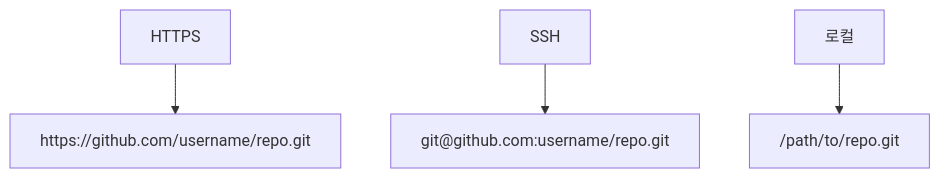
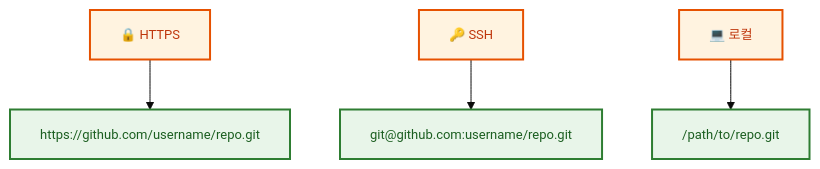
One commit to jingu279/Document changed the second of 2 diagrams in git/03_원격_저장소/01_원격_저장소_이해.md. Above: the diagram before and after it, drawn with Mermaid. The commit also changed other lines of this file and 24 other files, not shown here.

First line of the commit message:
Git 문서 전체 Mermaid 다이어그램 스타일링 통일

````diff
--- a/git/03_원격_저장소/01_원격_저장소_이해.md
+++ b/git/03_원격_저장소/01_원격_저장소_이해.md
@@ -111,6 +121,16 @@
 ```mermaid
+%%{init: {'theme': 'base', 'themeVariables': {'fontSize': '13px'}}}%%
 flowchart TB
-  H[HTTPS] --> H1["https://github.com/username/repo.git"]
-  S[SSH] --> S1["git@github.com:username/repo.git"]
-  L[로컬] --> L1["/path/to/repo.git"]
+  H[🔒 HTTPS] --> H1["https://github.com/username/repo.git"]
+  S[🔑 SSH] --> S1["git@github.com:username/repo.git"]
+  L[💻 로컬] --> L1["/path/to/repo.git"]
+
+  classDef main fill:#fff3e0,stroke:#e65100,stroke-width:2px,color:#bf360c
+  classDef sub fill:#e8f5e9,stroke:#2e7d32,stroke-width:2px,color:#1b5e20
+  classDef proc fill:#e3f2fd,stroke:#1565c0,stroke-width:2px,color:#0d47a1
+  classDef decision fill:#fff9c4,stroke:#f9a825,stroke-width:2px,color:#e65100
+  classDef highlight fill:#f3e5f5,stroke:#6a1b9a,stroke-width:2px,color:#4a148c
+
+  class H,S,L main
+  class H1,S1,L1 sub
 ```
````
